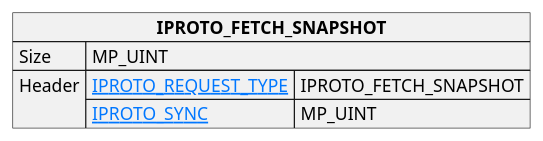
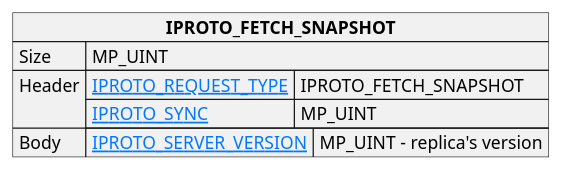
Before and after one commit to tarantool/doc: the diagram in doc/reference/internals/iproto/images/repl_fetch_snapshot_request.puml, drawn with PlantUML. The commit also changed 10 other files, not shown here.

```diff
--- a/doc/reference/internals/iproto/images/repl_fetch_snapshot_request.puml
+++ b/doc/reference/internals/iproto/images/repl_fetch_snapshot_request.puml
@@ -1,18 +1,21 @@
 @startuml
 
 skinparam {
     HyperlinkColor #0077FF
     FontColor #313131
     BorderColor #313131
     BackgroundColor transparent
 }
 
 json "**IPROTO_FETCH_SNAPSHOT**" as fetch_snapshot_request {
     "Size": "MP_UINT",
     "Header": {
       "[[https://tarantool.io/en/doc/latest/reference/internals/iproto/keys IPROTO_REQUEST_TYPE]]": "IPROTO_FETCH_SNAPSHOT",
       "[[https://tarantool.io/en/doc/latest/reference/internals/iproto/keys IPROTO_SYNC]]": "MP_UINT"
+    },
+    "Body": {
+      "[[https://tarantool.io/en/doc/latest/reference/internals/iproto/keys IPROTO_SERVER_VERSION]]": "MP_UINT – replica's version"
     }
 }
 
 @enduml
```
